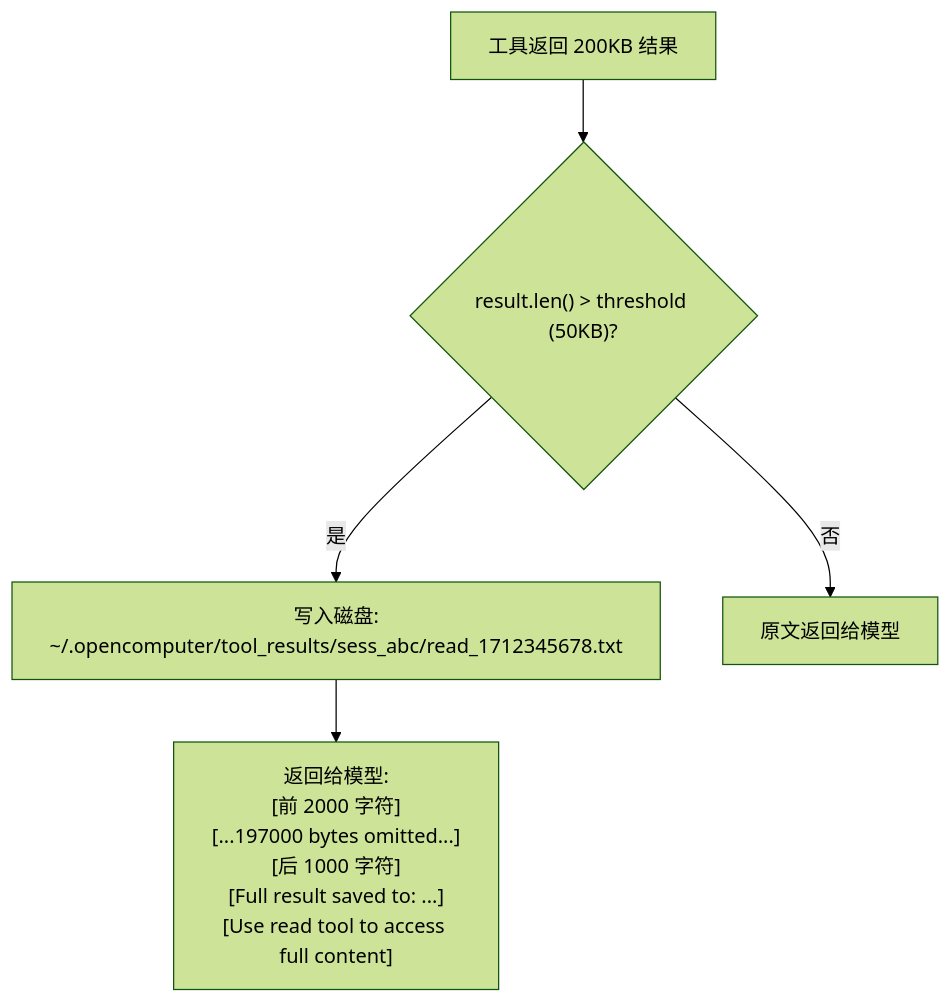
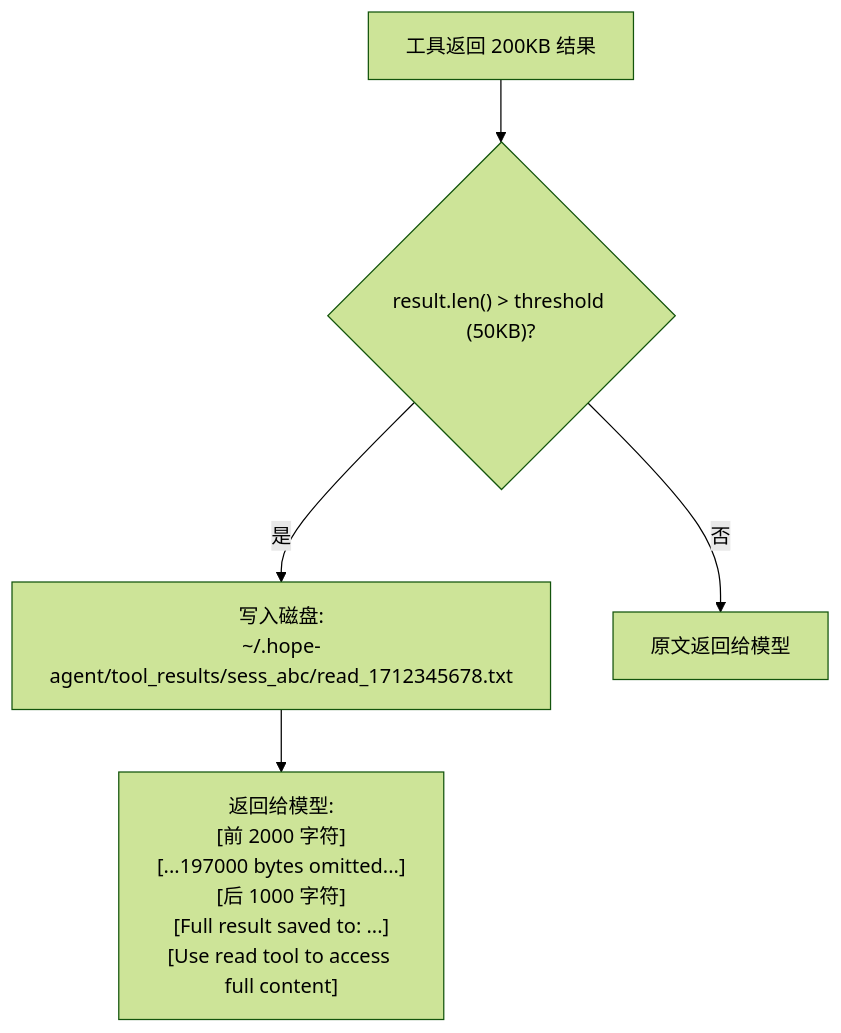
One commit to shiwenwen/hope-agent changed the seventh of 11 diagrams in docs/architecture/tool-system.md. Above: the diagram before and after it, drawn with Mermaid (forest theme). The commit also changed other lines of this file and 727 other files, not shown here.

First line of the commit message:
chore(rename): OpenComputer → Hope Agent（随 0.1.0 首发一把切换）

````diff
--- a/docs/architecture/tool-system.md
+++ b/docs/architecture/tool-system.md
@@ -584,7 +584,7 @@
 ```mermaid
 flowchart TD
     A["工具返回 200KB 结果"] --> B{"result.len() > threshold (50KB)?"}
-    B -- 是 --> C["写入磁盘:<br/>~/.opencomputer/tool_results/sess_abc/read_1712345678.txt"]
+    B -- 是 --> C["写入磁盘:<br/>~/.hope-agent/tool_results/sess_abc/read_1712345678.txt"]
     C --> D["返回给模型:<br/>[前 2000 字符]<br/>[...197000 bytes omitted...]<br/>[后 1000 字符]<br/>[Full result saved to: ...]<br/>[Use read tool to access full content]"]
     B -- 否 --> E["原文返回给模型"]
 ```
````
